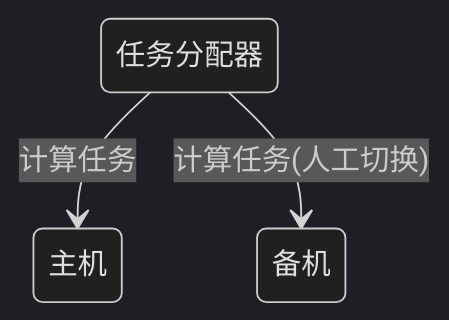
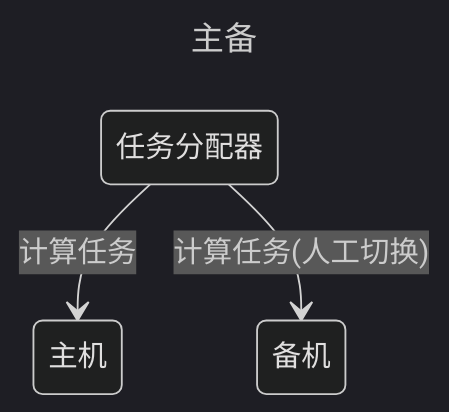
The fourth of 8 diagrams in doc/软件工程/架构/系统设计/可用性.md (0xcaffebabe/note), drawn with Mermaid (dark theme) before and after one commit. The commit also changed other lines of this file and 2 other files, not shown here.

````diff
--- a/doc/软件工程/架构/系统设计/可用性.md
+++ b/doc/软件工程/架构/系统设计/可用性.md
@@ -278,5 +191,8 @@
 ```mermaid
+---
+title: 主备
+---
 stateDiagram-v2
   任务分配器 --> 主机: 计算任务
   任务分配器 --> 备机: 计算任务(人工切换)
 ```
````
